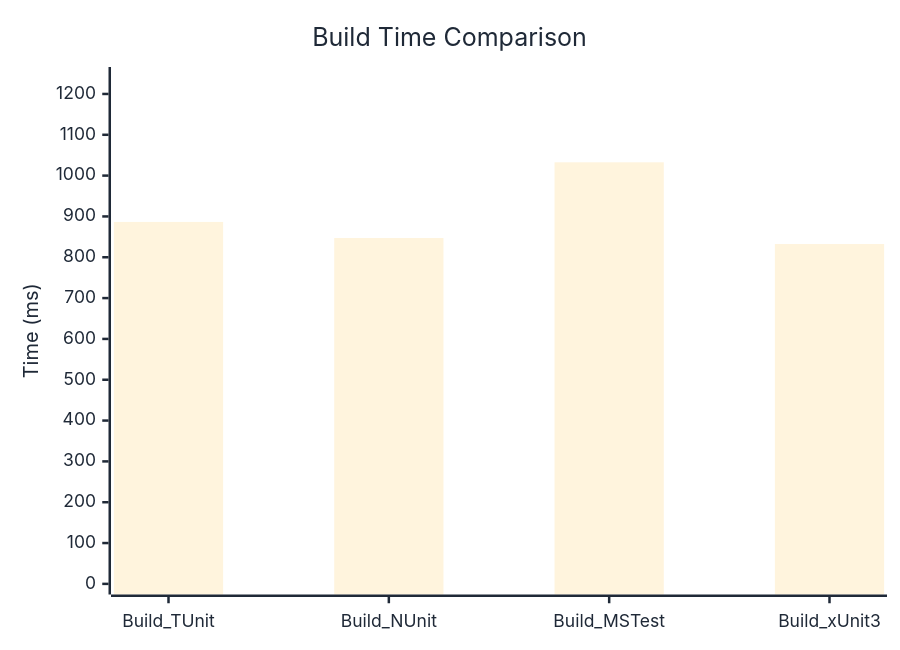
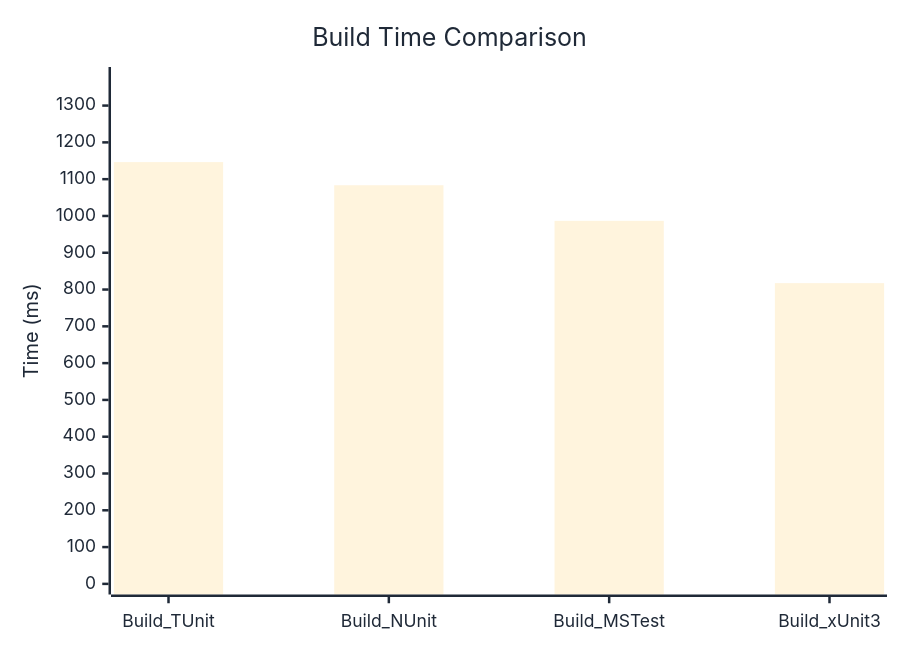
The diagram in docs/docs/benchmarks/engine/BuildTime.md (thomhurst/TUnit), drawn with Mermaid before and after one commit. The commit also changed other lines of this file and 17 other files, not shown here.

````diff
--- a/docs/docs/benchmarks/engine/BuildTime.md
+++ b/docs/docs/benchmarks/engine/BuildTime.md
@@ -30,37 +30,37 @@
 ```mermaid
 %%{init: {
   'theme':'base',
   'themeVariables': {
     'primaryColor': '#2563eb',
     'primaryTextColor': '#1f2937',
     'primaryBorderColor': '#1e40af',
     'lineColor': '#6b7280',
     'secondaryColor': '#7c3aed',
     'tertiaryColor': '#dc2626',
     'background': '#ffffff',
     'mainBkg': '#2563eb',
     'secondBkg': '#7c3aed',
     'tertiaryBkg': '#dc2626',
     'clusterBkg': '#f3f4f6',
     'edgeLabelBackground': '#ffffff',
     'tertiaryTextColor': '#1f2937',
     'pie1': '#2563eb',
     'pie2': '#7c3aed',
     'pie3': '#dc2626',
     'pie4': '#f59e0b',
     'pie5': '#10b981',
     'pie6': '#06b6d4',
     'pie7': '#ec4899',
     'pie8': '#6366f1',
     'pie9': '#84cc16',
     'pie10': '#f97316',
     'pie11': '#14b8a6',
     'pie12': '#a855f7'
   }
 }}%%
 xychart-beta
   title "Build Time Comparison"
   x-axis ["Build_TUnit", "Build_NUnit", "Build_MSTest", "Build_xUnit3"]
-  y-axis "Time (ms)" 0 --> 1240
-  bar [886.5, 847.1, 1032.6, 832.4]
+  y-axis "Time (ms)" 0 --> 1376
+  bar [1146.4, 1083.5, 986.7, 817.4]
 ```
````
